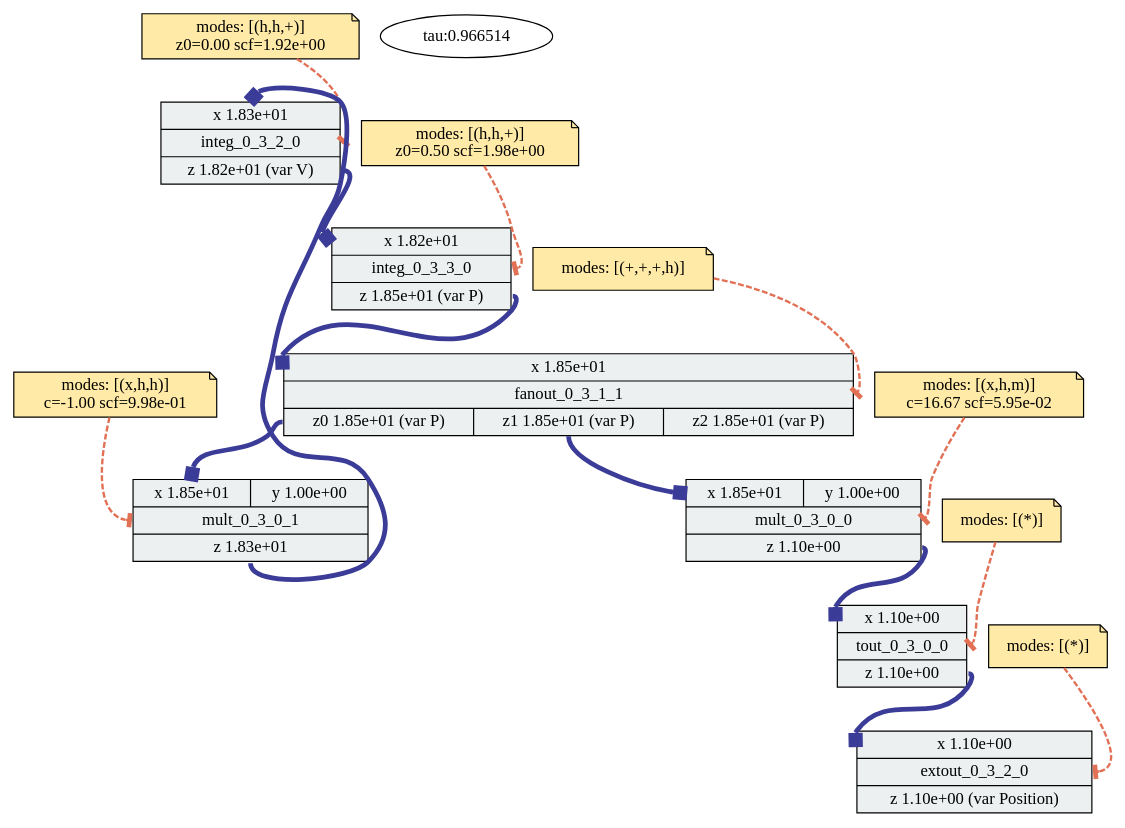
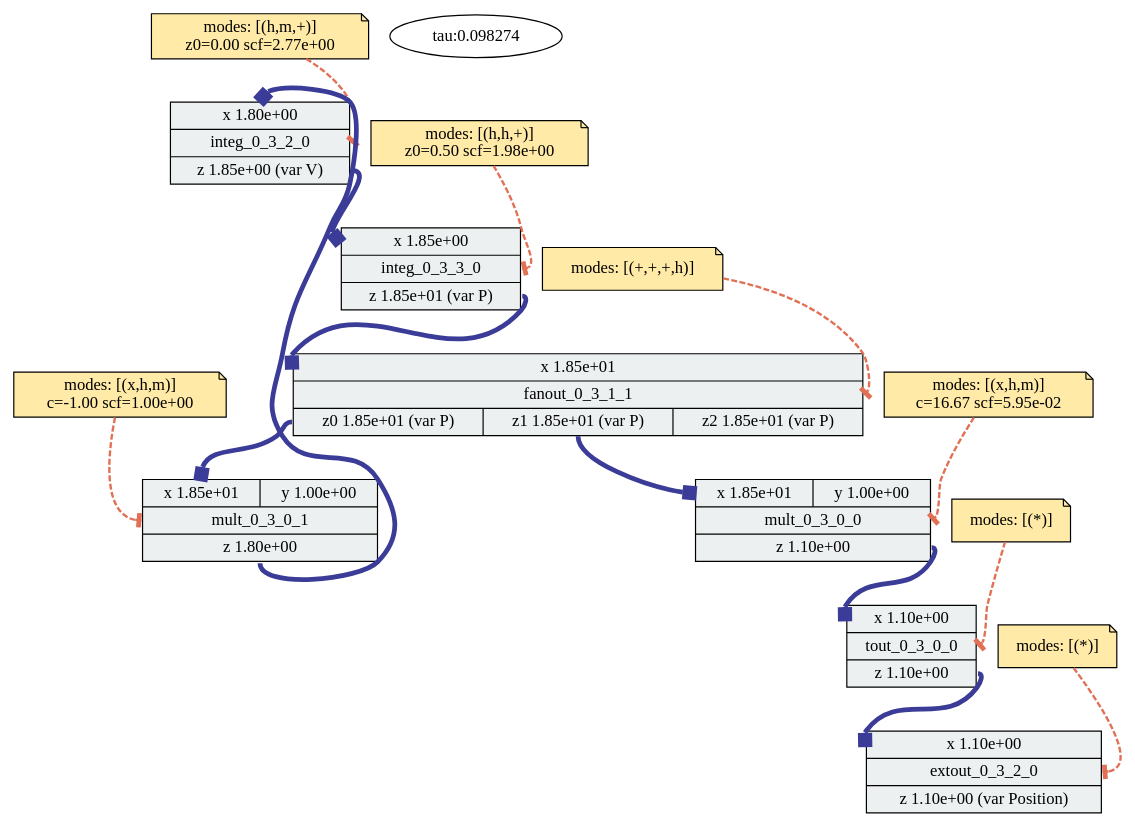
One commit to sarachour/hcdc-characterization-data changed the diagram in c2/outputs/legno/unrestricted/cos/lscale-diag/cos_g2_s0_phys_qty_best_c2.dot. Above: the diagram before and after it, drawn with Graphviz. The commit also changed 268 other files, not shown here.

```diff
--- a/c2/outputs/legno/unrestricted/cos/lscale-diag/cos_g2_s0_phys_qty_best_c2.dot
+++ b/c2/outputs/legno/unrestricted/cos/lscale-diag/cos_g2_s0_phys_qty_best_c2.dot
@@ -1,67 +1,67 @@
 digraph "adp-viz" {
 	graph [overlap=false splines=true]
 	shape=record
 	integ_0_3_2_0 [label="{{<x> x
- 1.83e+01} |<block> integ_0_3_2_0| {<z> z
- 1.82e+01
+ 1.80e+00} |<block> integ_0_3_2_0| {<z> z
+ 1.85e+00
  (var V)}}" fillcolor="#ecf0f1" shape=record style=filled]
-	"integ_0_3_2_0-config" [label="\modes: [(h,h,+)]
-z0=0.00 scf=1.92e+00" fillcolor="#ffeaa7" shape=note style=filled]
+	"integ_0_3_2_0-config" [label="\modes: [(h,m,+)]
+z0=0.00 scf=2.77e+00" fillcolor="#ffeaa7" shape=note style=filled]
 	"integ_0_3_2_0-config" -> integ_0_3_2_0:block [arrowhead=tee arrowtail=normal color="#e17055" penwidth=2 style=dashed]
 	shape=record
 	integ_0_3_3_0 [label="{{<x> x
- 1.82e+01} |<block> integ_0_3_3_0| {<z> z
+ 1.85e+00} |<block> integ_0_3_3_0| {<z> z
  1.85e+01
  (var P)}}" fillcolor="#ecf0f1" shape=record style=filled]
 	"integ_0_3_3_0-config" [label="\modes: [(h,h,+)]
 z0=0.50 scf=1.98e+00" fillcolor="#ffeaa7" shape=note style=filled]
 	"integ_0_3_3_0-config" -> integ_0_3_3_0:block [arrowhead=tee arrowtail=normal color="#e17055" penwidth=2 style=dashed]
 	shape=record
 	mult_0_3_0_1 [label="{{<x> x
  1.85e+01|<y> y
  1.00e+00} |<block> mult_0_3_0_1| {<z> z
- 1.83e+01}}" fillcolor="#ecf0f1" shape=record style=filled]
-	"mult_0_3_0_1-config" [label="\modes: [(x,h,h)]
-c=-1.00 scf=9.98e-01" fillcolor="#ffeaa7" shape=note style=filled]
+ 1.80e+00}}" fillcolor="#ecf0f1" shape=record style=filled]
+	"mult_0_3_0_1-config" [label="\modes: [(x,h,m)]
+c=-1.00 scf=1.00e+00" fillcolor="#ffeaa7" shape=note style=filled]
 	"mult_0_3_0_1-config" -> mult_0_3_0_1:block [arrowhead=tee arrowtail=normal color="#e17055" penwidth=2 style=dashed]
 	shape=record
 	mult_0_3_0_0 [label="{{<x> x
  1.85e+01|<y> y
  1.00e+00} |<block> mult_0_3_0_0| {<z> z
  1.10e+00}}" fillcolor="#ecf0f1" shape=record style=filled]
 	"mult_0_3_0_0-config" [label="\modes: [(x,h,m)]
 c=16.67 scf=5.95e-02" fillcolor="#ffeaa7" shape=note style=filled]
 	"mult_0_3_0_0-config" -> mult_0_3_0_0:block [arrowhead=tee arrowtail=normal color="#e17055" penwidth=2 style=dashed]
 	shape=record
 	extout_0_3_2_0 [label="{{<x> x
  1.10e+00} |<block> extout_0_3_2_0| {<z> z
  1.10e+00
  (var Position)}}" fillcolor="#ecf0f1" shape=record style=filled]
 	"extout_0_3_2_0-config" [label="\modes: [(*)]" fillcolor="#ffeaa7" shape=note style=filled]
 	"extout_0_3_2_0-config" -> extout_0_3_2_0:block [arrowhead=tee arrowtail=normal color="#e17055" penwidth=2 style=dashed]
 	shape=record
 	fanout_0_3_1_1 [label="{{<x> x
  1.85e+01} |<block> fanout_0_3_1_1| {<z0> z0
  1.85e+01
  (var P)|<z1> z1
  1.85e+01
  (var P)|<z2> z2
  1.85e+01
  (var P)}}" fillcolor="#ecf0f1" shape=record style=filled]
 	"fanout_0_3_1_1-config" [label="\modes: [(+,+,+,h)]" fillcolor="#ffeaa7" shape=note style=filled]
 	"fanout_0_3_1_1-config" -> fanout_0_3_1_1:block [arrowhead=tee arrowtail=normal color="#e17055" penwidth=2 style=dashed]
 	shape=record
 	tout_0_3_0_0 [label="{{<x> x
  1.10e+00} |<block> tout_0_3_0_0| {<z> z
  1.10e+00}}" fillcolor="#ecf0f1" shape=record style=filled]
 	"tout_0_3_0_0-config" [label="\modes: [(*)]" fillcolor="#ffeaa7" shape=note style=filled]
 	"tout_0_3_0_0-config" -> tout_0_3_0_0:block [arrowhead=tee arrowtail=normal color="#e17055" penwidth=2 style=dashed]
 	mult_0_3_0_1:z -> integ_0_3_2_0:x [arrowhead=box arrowtail=normal color="#3B3B98" penwidth=4]
 	mult_0_3_0_0:z -> tout_0_3_0_0:x [arrowhead=box arrowtail=normal color="#3B3B98" penwidth=4]
 	tout_0_3_0_0:z -> extout_0_3_2_0:x [arrowhead=box arrowtail=normal color="#3B3B98" penwidth=4]
 	integ_0_3_3_0:z -> fanout_0_3_1_1:x [arrowhead=box arrowtail=normal color="#3B3B98" penwidth=4]
 	fanout_0_3_1_1:z0 -> mult_0_3_0_1:x [arrowhead=box arrowtail=normal color="#3B3B98" penwidth=4]
 	fanout_0_3_1_1:z1 -> mult_0_3_0_0:x [arrowhead=box arrowtail=normal color="#3B3B98" penwidth=4]
 	integ_0_3_2_0:z -> integ_0_3_3_0:x [arrowhead=box arrowtail=normal color="#3B3B98" penwidth=4]
-	time_const [label="tau:0.966514"]
+	time_const [label="tau:0.098274"]
 }
```
